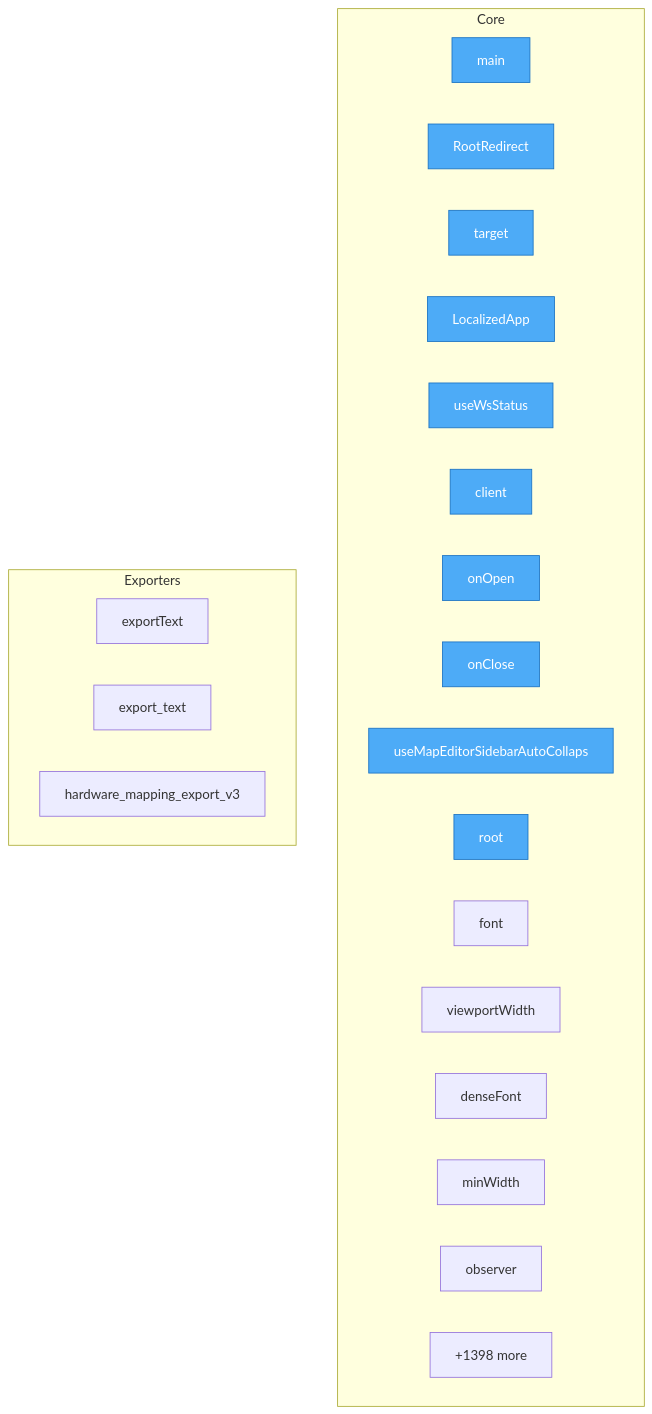
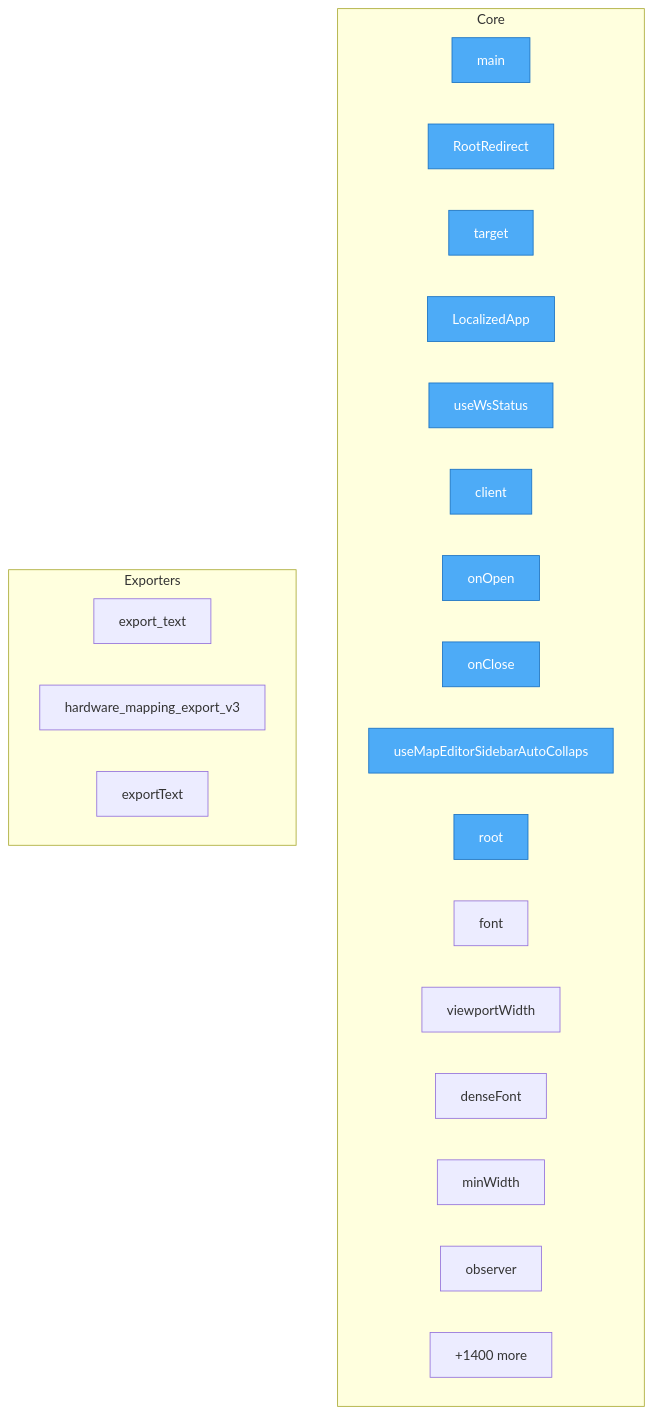
One commit to oqlos/oqlos changed the diagram in project/flow.mmd. Above: the diagram before and after it, drawn with Mermaid. The commit also changed 137 other files, not shown here.

```diff
--- a/project/flow.mmd
+++ b/project/flow.mmd
@@ -1,32 +1,32 @@
 flowchart TD
-%% generated in 0.15s
+%% generated in 0.05s
 
     %% Entry points (blue)
     classDef entry fill:#4dabf7,stroke:#1971c2,color:#fff
 
     subgraph Core
         setup_hardware_and_run_oql__main["main"]
         frontend__src__App__RootRedirect["RootRedirect"]
         frontend__src__App__target["target"]
         frontend__src__main__LocalizedApp["LocalizedApp"]
         frontend__src__hooks__useWsStatus__useWsStatus["useWsStatus"]
         frontend__src__hooks__useWsStatus__client["client"]
         frontend__src__hooks__useWsStatus__onOpen["onOpen"]
         frontend__src__hooks__useWsStatus__onClose["onClose"]
         frontend__src__hooks__useMapEditorSidebarAutoCollapse__useMapEditorSidebarAutoCollapse["useMapEditorSidebarAutoCollaps"]
         frontend__src__hooks__useMapEditorSidebarAutoCollapse__root["root"]
         frontend__src__hooks__useMapEditorSidebarAutoCollapse__font["font"]
         frontend__src__hooks__useMapEditorSidebarAutoCollapse__viewportWidth["viewportWidth"]
         frontend__src__hooks__useMapEditorSidebarAutoCollapse__denseFont["denseFont"]
         frontend__src__hooks__useMapEditorSidebarAutoCollapse__minWidth["minWidth"]
         frontend__src__hooks__useMapEditorSidebarAutoCollapse__observer["observer"]
-        ...["+1398 more"]
+        ...["+1400 more"]
     end
 
     subgraph Exporters
-        frontend__src__pages__HardwareRestart__exportText["exportText"]
         oqlos__api__hardware_mapping_store__MappingStore__export_text["export_text"]
         oqlos__api___hw3_mapping__hardware_mapping_export_v3["hardware_mapping_export_v3"]
+        frontend__src__pages__HardwareRestart__exportText["exportText"]
     end
 
     class setup_hardware_and_run_oql__main,frontend__src__App__RootRedirect,frontend__src__App__target,frontend__src__main__LocalizedApp,frontend__src__hooks__useWsStatus__useWsStatus,frontend__src__hooks__useWsStatus__client,frontend__src__hooks__useWsStatus__onOpen,frontend__src__hooks__useWsStatus__onClose,frontend__src__hooks__useMapEditorSidebarAutoCollapse__useMapEditorSidebarAutoCollapse,frontend__src__hooks__useMapEditorSidebarAutoCollapse__root entry
```
